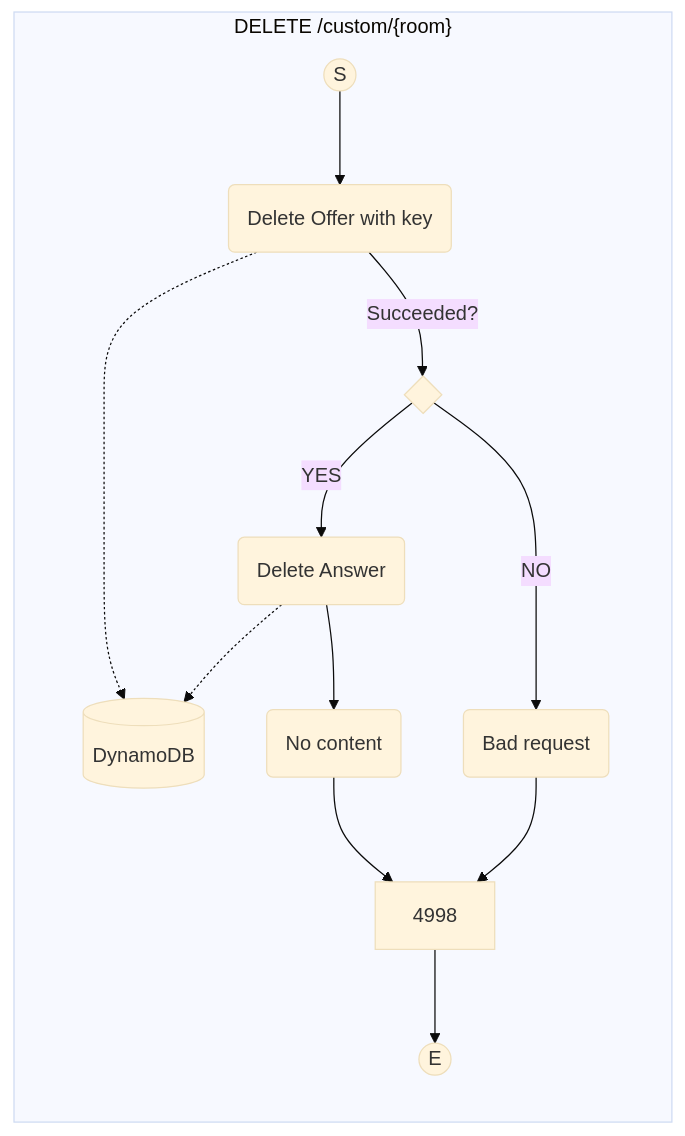
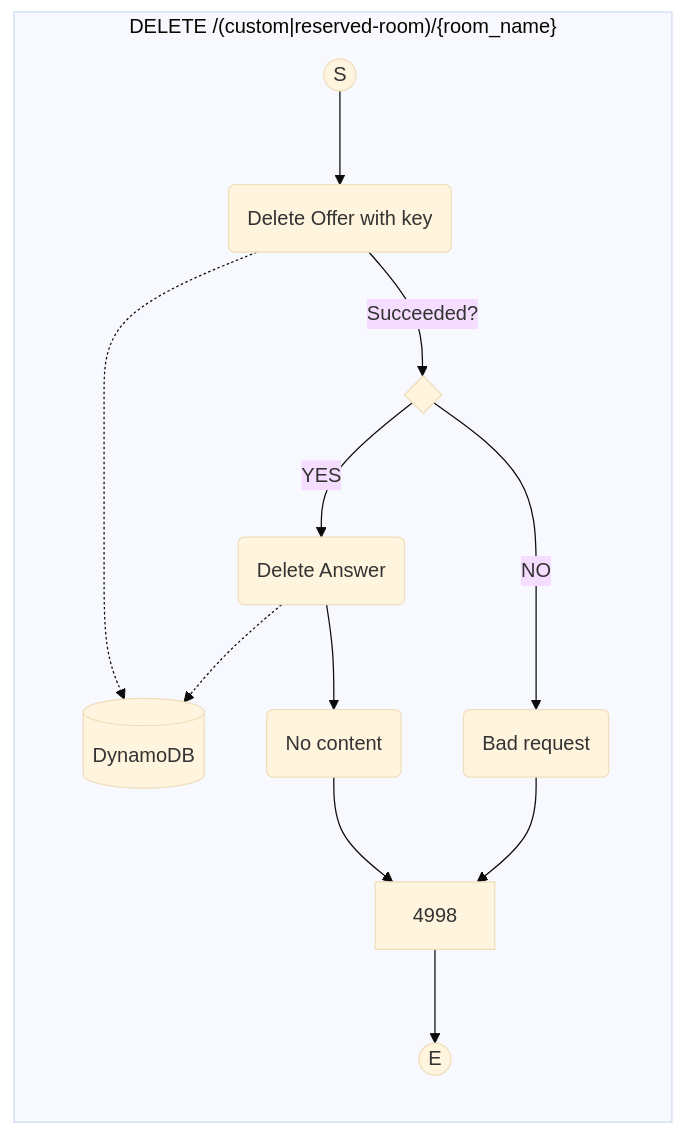
The fifth of 8 diagrams in junowen-server/docs/activity-diagrams.md (progre/junowen), drawn with Mermaid (base theme) before and after one commit. The commit also changed other lines of this file and 5 other files, not shown here.

````diff
--- a/junowen-server/docs/activity-diagrams.md
+++ b/junowen-server/docs/activity-diagrams.md
@@ -104,22 +131,22 @@
 ```mermaid
 flowchart TB
   DB[(DynamoDB)]
 
-  subgraph "DELETE /custom/{room}"
+  subgraph "DELETE /(custom|reserved-room)/{room_name}"
     direction TB
     4001((S))
     4001 --> 4010(Delete Offer with key)
     4010 -.-> DB
     4010 -- Succeeded? --> 4020{ }
 
     4020 -- YES --> 4030(Delete Answer)
     4030 -.-> DB
     4030 --> 4040(No content)
     4040 --> 4998
 
     4020 -- NO --> 4100(Bad request)
     4100 --> 4998
 
     4998 --> 4999((E))
   end
 ```
````
